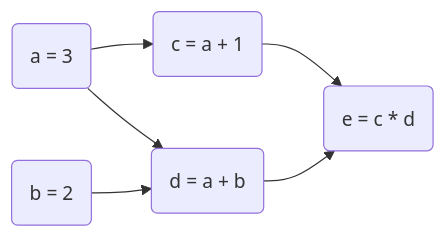
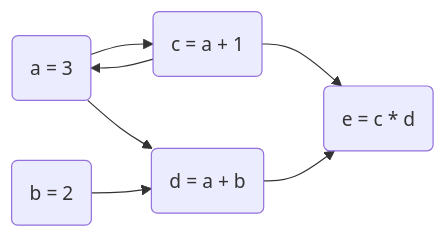
Before and after one commit to koushikkhan/koushikkhan.github.io: the diagram in posts/2023-04-19-autograd/index.qmd, drawn with Mermaid. The commit also changed other lines of this file and 3 other files, not shown here.

````diff
--- a/posts/2023-04-19-autograd/index.qmd
+++ b/posts/2023-04-19-autograd/index.qmd
@@ -94,9 +94,9 @@
 ```{mermaid}
 %%| fig-width: 4.5
 graph LR
-  a(a = 3) --> c(c = a + 1)
+  a(a = 3) --> c(c = a + 1) --> a(a = 3)
   a(a = 3) --> d(d = a + b)
   b(b = 2) --> d(d = a + b)
   c(c = a + 1) --> e(e = c * d)
   d(d = a + b) --> e(e = c * d) 
 ```
````
